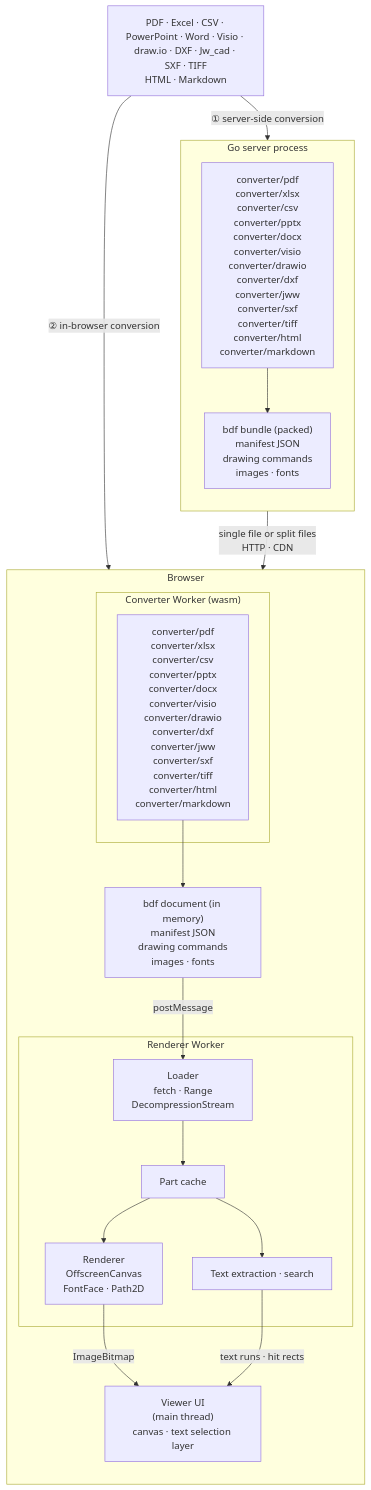
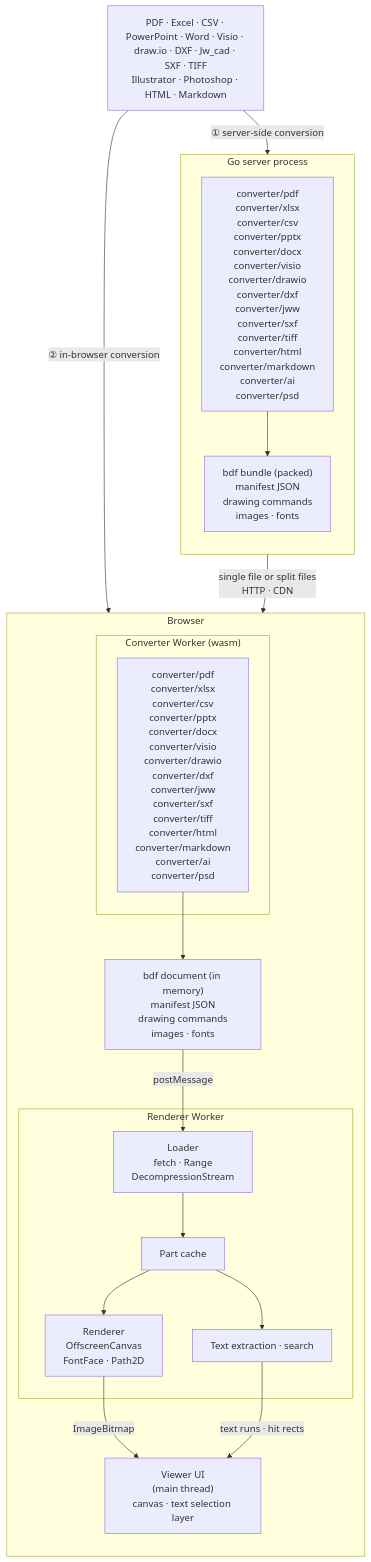
The diagram in README.md (shibukawa/bdf), drawn with Mermaid before and after one commit. The commit also changed other lines of this file and 62 other files, not shown here.

````diff
--- a/README.md
+++ b/README.md
@@ -20,37 +20,37 @@
 ```mermaid
 flowchart TB
-    SRC["PDF · Excel · CSV · PowerPoint · Word · Visio · draw.io · DXF · Jw_cad · SXF · TIFF<br/>HTML · Markdown"]
+    SRC["PDF · Excel · CSV · PowerPoint · Word · Visio · draw.io · DXF · Jw_cad · SXF · TIFF<br/>Illustrator · Photoshop · HTML · Markdown"]
 
     subgraph SERVER["Go server process"]
         direction TB
-        SCONV["converter/pdf<br/>converter/xlsx<br/>converter/csv<br/>converter/pptx<br/>converter/docx<br/>converter/visio<br/>converter/drawio<br/>converter/dxf<br/>converter/jww<br/>converter/sxf<br/>converter/tiff<br/>converter/html<br/>converter/markdown"]
+        SCONV["converter/pdf<br/>converter/xlsx<br/>converter/csv<br/>converter/pptx<br/>converter/docx<br/>converter/visio<br/>converter/drawio<br/>converter/dxf<br/>converter/jww<br/>converter/sxf<br/>converter/tiff<br/>converter/html<br/>converter/markdown<br/>converter/ai<br/>converter/psd"]
         BUNDLE["bdf bundle (packed)<br/>manifest JSON<br/>drawing commands<br/>images · fonts"]
         SCONV --> BUNDLE
     end
 
     subgraph BROWSER["Browser"]
         direction TB
         subgraph CWORKER["Converter Worker (wasm)"]
-            WCONV["converter/pdf<br/>converter/xlsx<br/>converter/csv<br/>converter/pptx<br/>converter/docx<br/>converter/visio<br/>converter/drawio<br/>converter/dxf<br/>converter/jww<br/>converter/sxf<br/>converter/tiff<br/>converter/html<br/>converter/markdown"]
+            WCONV["converter/pdf<br/>converter/xlsx<br/>converter/csv<br/>converter/pptx<br/>converter/docx<br/>converter/visio<br/>converter/drawio<br/>converter/dxf<br/>converter/jww<br/>converter/sxf<br/>converter/tiff<br/>converter/html<br/>converter/markdown<br/>converter/ai<br/>converter/psd"]
         end
         PARTS["bdf document (in memory)<br/>manifest JSON<br/>drawing commands<br/>images · fonts"]
         subgraph RWORKER["Renderer Worker"]
             LOADER["Loader<br/>fetch · Range<br/>DecompressionStream"]
             STORE["Part cache"]
             RENDER["Renderer<br/>OffscreenCanvas<br/>FontFace · Path2D"]
             TEXT["Text extraction · search"]
             LOADER --> STORE
             STORE --> RENDER
             STORE --> TEXT
         end
         UI["Viewer UI<br/>(main thread)<br/>canvas · text selection layer"]
         WCONV --> PARTS
     end
 
     SRC -- "① server-side conversion" --> SCONV
     SRC -- "② in-browser conversion" --> WCONV
     BUNDLE -- "single file or split files<br/>HTTP · CDN" --> LOADER
     PARTS -- "postMessage" --> LOADER
     RENDER -- "ImageBitmap" --> UI
     TEXT -- "text runs · hit rects" --> UI
 ```
````
